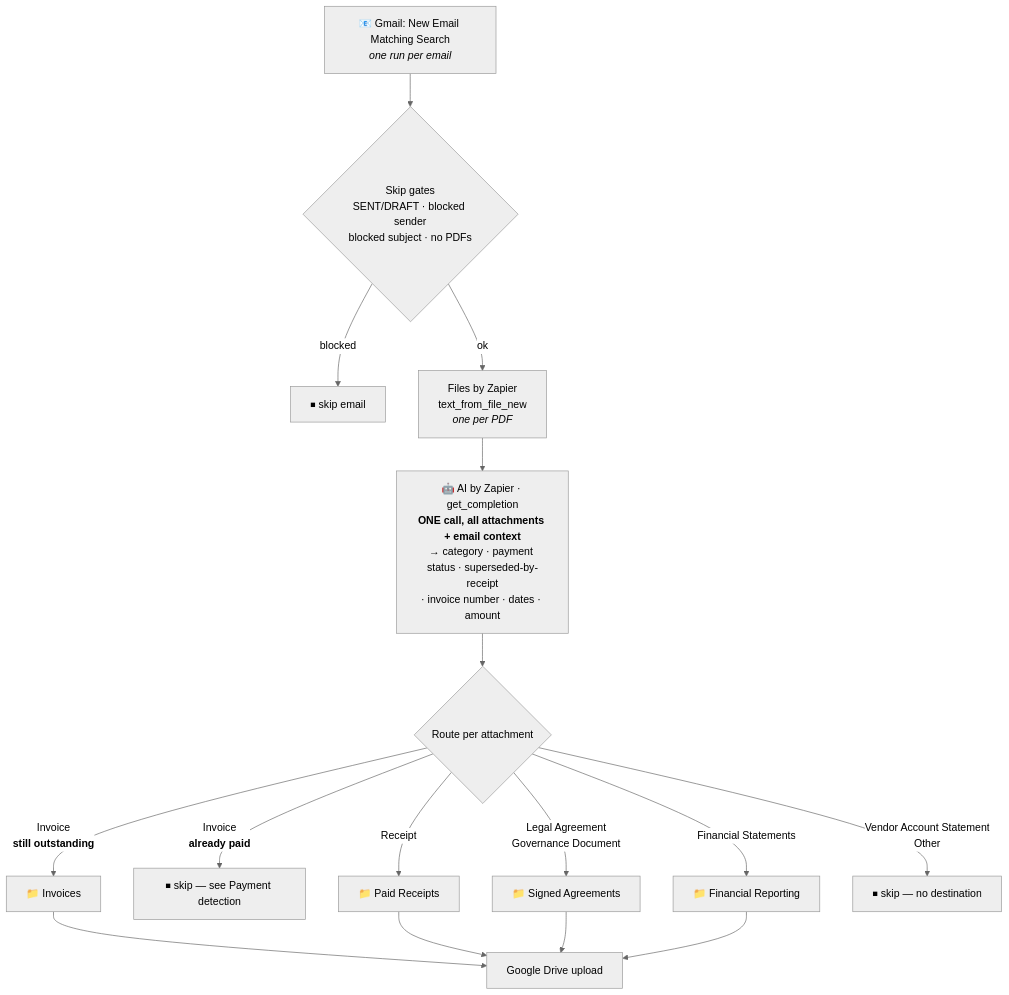
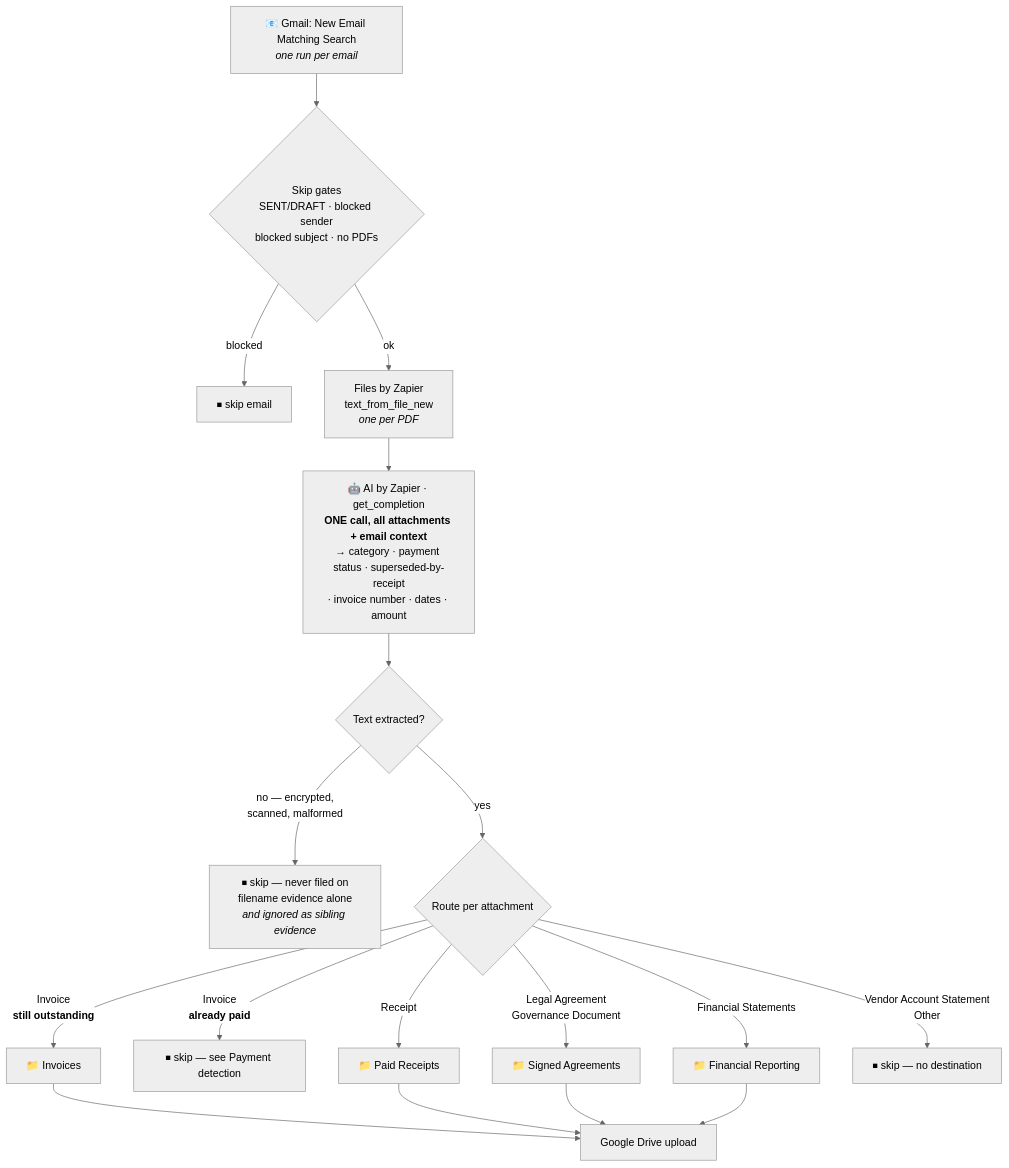
One commit to work-flowers/zapier-sdk changed the diagram in gmail-attachments-to-drive-by-type/README.md. Above: the diagram before and after it, drawn with Mermaid (neutral theme). The commit also changed other lines of this file and 3 other files, not shown here.

````diff
--- a/gmail-attachments-to-drive-by-type/README.md
+++ b/gmail-attachments-to-drive-by-type/README.md
@@ -31,20 +32,22 @@
 ```mermaid
 flowchart TD
     T["📧 Gmail: New Email Matching Search<br/><i>one run per email</i>"] --> G{"Skip gates<br/>SENT/DRAFT · blocked sender<br/>blocked subject · no PDFs"}
     G -- blocked --> X["⏹ skip email"]
     G -- ok --> E["Files by Zapier<br/>text_from_file_new<br/><i>one per PDF</i>"]
     E --> AI["🤖 AI by Zapier · get_completion<br/><b>ONE call, all attachments + email context</b><br/>→ category · payment status · superseded-by-receipt<br/>· invoice number · dates · amount"]
-    AI --> R{"Route per attachment"}
+    AI --> RD{"Text extracted?"}
+    RD -- "no — encrypted,<br/>scanned, malformed" --> S0["⏹ skip — never filed on<br/>filename evidence alone<br/><i>and ignored as sibling evidence</i>"]
+    RD -- yes --> R{"Route per attachment"}
 
     R -- "Invoice<br/><b>still outstanding</b>" --> INV["📁 Invoices"]
     R -- "Invoice<br/><b>already paid</b>" --> S1["⏹ skip — see Payment detection"]
     R -- Receipt --> REC["📁 Paid Receipts"]
     R -- "Legal Agreement<br/>Governance Document" --> AGR["📁 Signed Agreements"]
     R -- "Financial Statements" --> FIN["📁 Financial Reporting"]
     R -- "Vendor Account Statement<br/>Other" --> S2["⏹ skip — no destination"]
 
     INV --> U["Google Drive upload"]
     REC --> U
     AGR --> U
     FIN --> U
 ```
````
